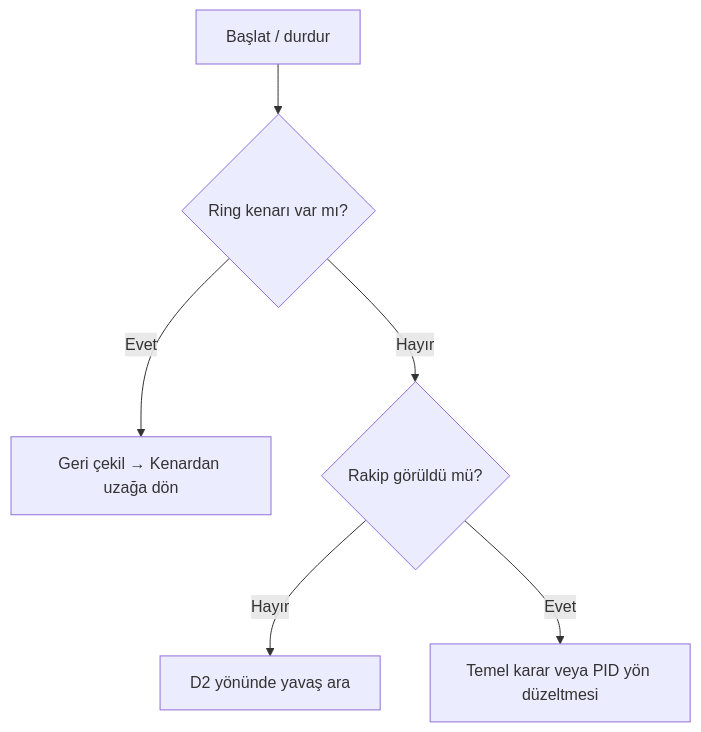
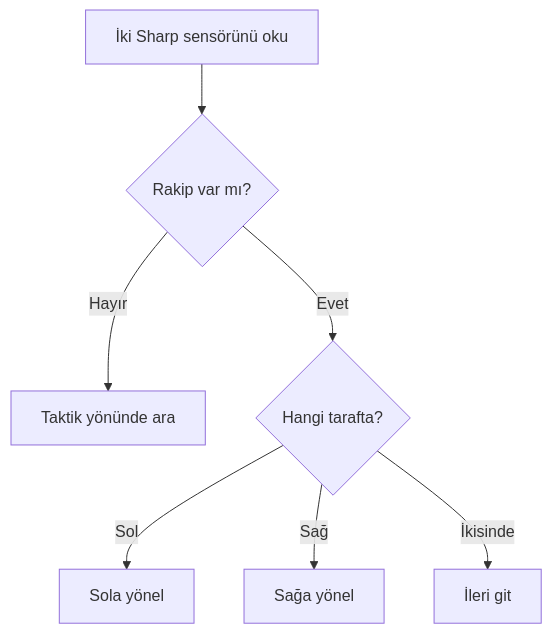
One commit to emredemiroz1/Mucit-Akademisi-Dersler changed the second of 2 diagrams in Robot_Algoritma_Atolyesi/README.md. Above: the diagram before and after it, drawn with Mermaid. The commit also changed other lines of this file and 9 other files, not shown here.

Commit message:
Midi sumo: iki Sharp, binary taktik LEDleri, kumanda testi ve görsel ders akışı

````diff
--- a/Robot_Algoritma_Atolyesi/README.md
+++ b/Robot_Algoritma_Atolyesi/README.md
@@ -48,8 +105,9 @@
 ```mermaid
 flowchart TD
- A[Başlat / durdur] --> B{Ring kenarı var mı?}
- B -->|Evet| C[Geri çekil → Kenardan uzağa dön]
- B -->|Hayır| D{Rakip görüldü mü?}
- D -->|Hayır| E[D2 yönünde yavaş ara]
- D -->|Evet| F[Temel karar veya PID yön düzeltmesi]
+ A[İki Sharp sensörünü oku] --> B{Rakip var mı?}
+ B -->|Hayır| C[Taktik yönünde ara]
+ B -->|Evet| D{Hangi tarafta?}
+ D -->|Sol| E[Sola yönel]
+ D -->|Sağ| F[Sağa yönel]
+ D -->|İkisinde| G[İleri git]
 ```
````
